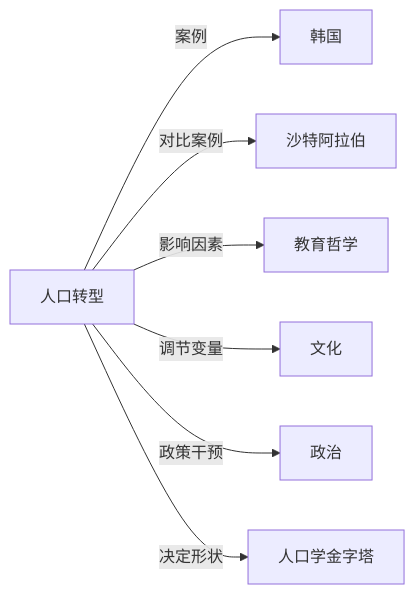
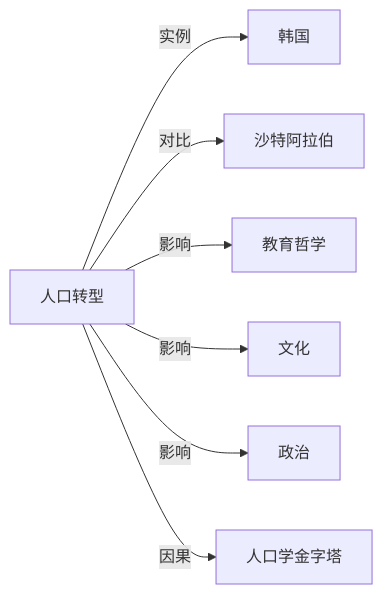
The diagram in Knowledge/Concepts/社会学/人口转型.md (KIMMCHOW/MyKnowledge), drawn with Mermaid before and after one commit. The commit also changed 95 other files, not shown here.

Commit message:
reorganize: 统一关系图边标签为11类

````diff
--- a/Knowledge/Concepts/社会学/人口转型.md
+++ b/Knowledge/Concepts/社会学/人口转型.md
@@ -46,9 +46,9 @@
 ```mermaid
 graph LR
-人口转型 -->|案例| 韩国
-人口转型 -->|对比案例| 沙特阿拉伯
-人口转型 -->|影响因素| 教育哲学
-人口转型 -->|调节变量| 文化
-人口转型 -->|政策干预| 政治
-人口转型 -->|决定形状| 人口学金字塔
+人口转型 -->|实例| 韩国
+人口转型 -->|对比| 沙特阿拉伯
+人口转型 -->|影响| 教育哲学
+人口转型 -->|影响| 文化
+人口转型 -->|影响| 政治
+人口转型 -->|因果| 人口学金字塔
 ```
````
